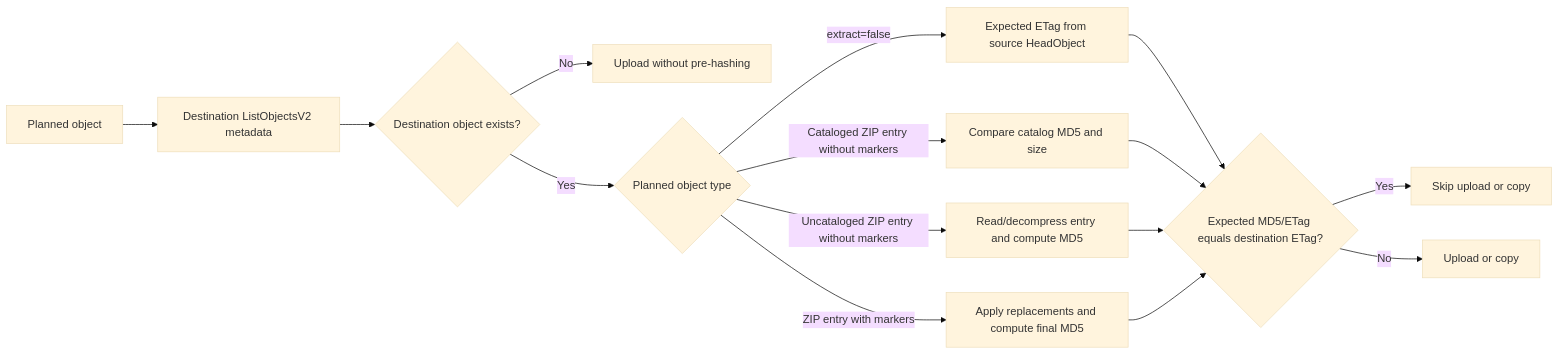
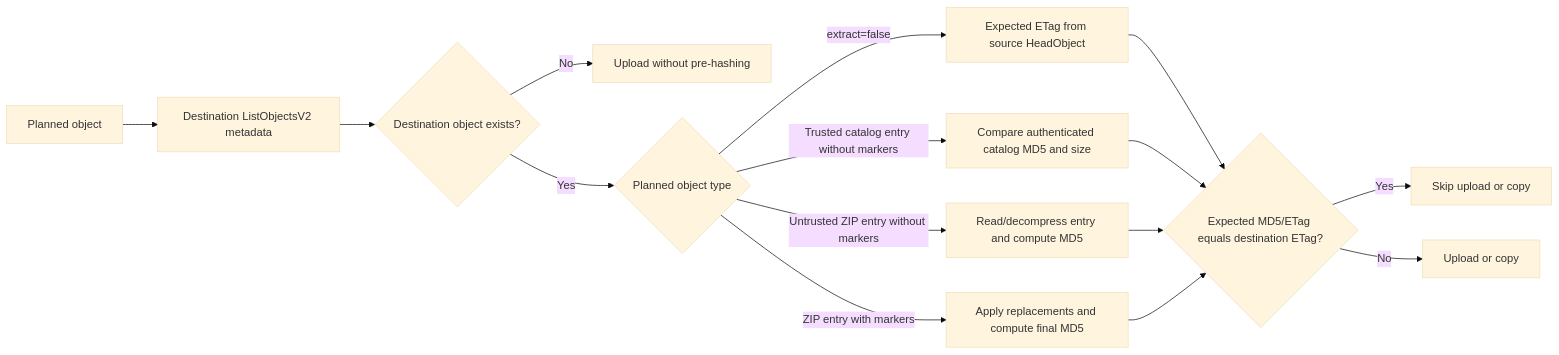
Before and after one commit to garysassano/shin-bucket-deployment: the second of 2 diagrams in docs/architecture.md, drawn with Mermaid (base theme). The commit also changed other lines of this file and 18 other files, not shown here.

````diff
--- a/docs/architecture.md
+++ b/docs/architecture.md
@@ -377,17 +378,17 @@
 ```mermaid
 flowchart LR
   A["Planned object"] --> B["Destination ListObjectsV2 metadata"]
   B --> C{"Destination object exists?"}
   C -->|No| D["Upload without pre-hashing"]
   C -->|Yes| E{"Planned object type"}
   E -->|"extract=false"| F["Expected ETag from source HeadObject"]
-  E -->|"Cataloged ZIP entry without markers"| G["Compare catalog MD5 and size"]
-  E -->|"Uncataloged ZIP entry without markers"| L["Read/decompress entry and compute MD5"]
+  E -->|"Trusted catalog entry without markers"| G["Compare authenticated catalog MD5 and size"]
+  E -->|"Untrusted ZIP entry without markers"| L["Read/decompress entry and compute MD5"]
   E -->|"ZIP entry with markers"| H["Apply replacements and compute final MD5"]
   F --> I{"Expected MD5/ETag equals destination ETag?"}
   G --> I
   L --> I
   H --> I
   I -->|Yes| J["Skip upload or copy"]
   I -->|No| K["Upload or copy"]
 ```
````
